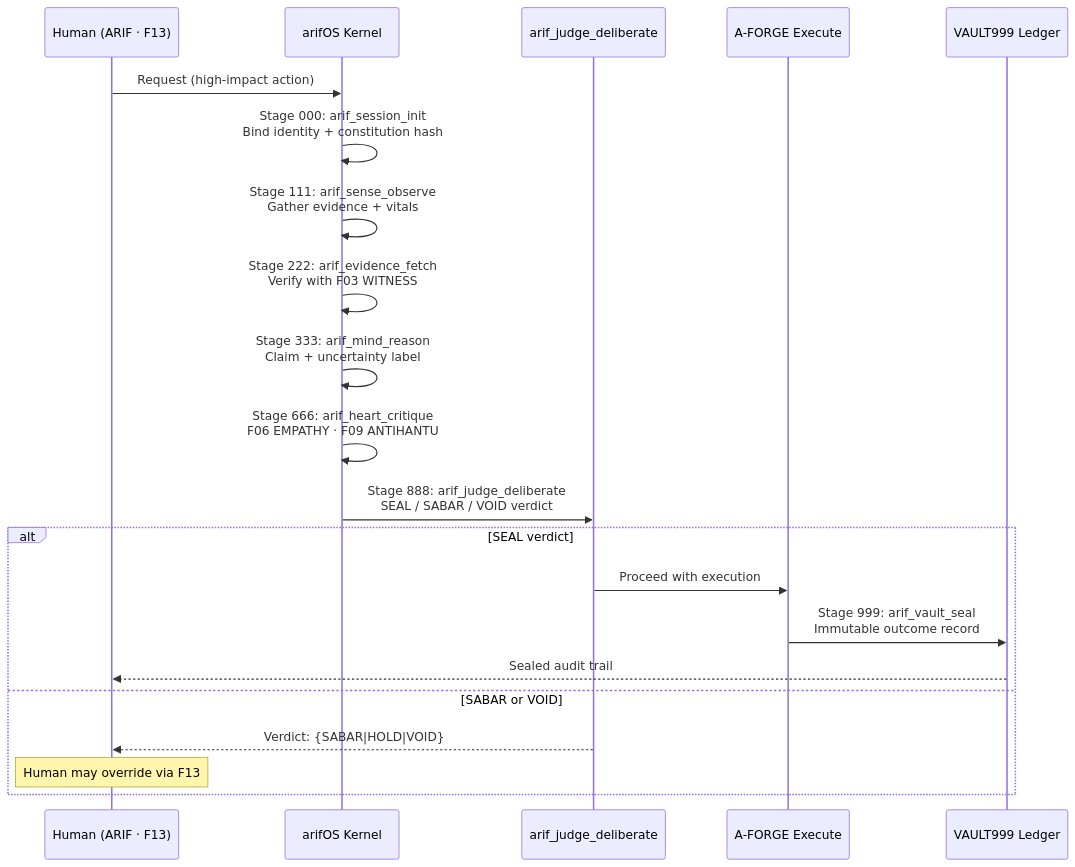
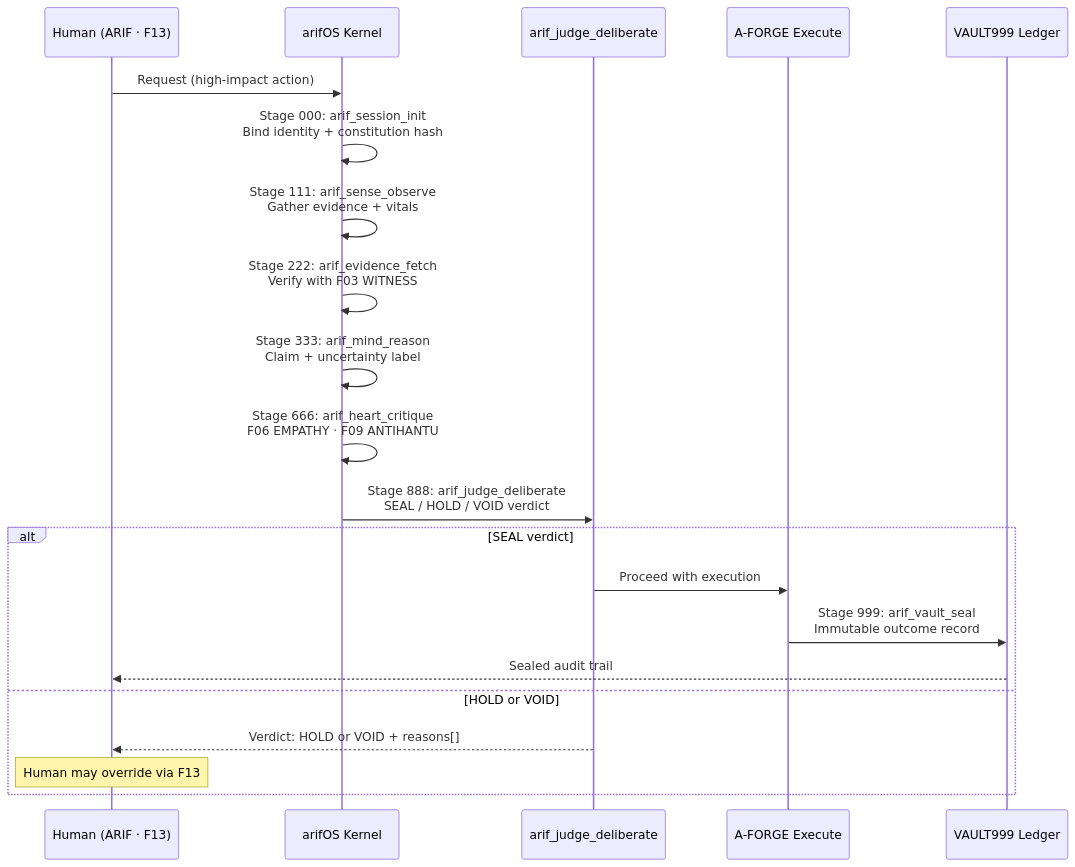
Before and after one commit to ariffazil/arifos: the second of 2 diagrams in README.md, drawn with Mermaid. The commit also changed other lines of this file, not shown here.

Commit message:
docs: README plain-mode rewrite — human airlock, current status, agent contract, HOLD/SEAL/VOID consistency

````diff
--- a/README.md
+++ b/README.md
@@ -193,30 +328,25 @@
 ```mermaid
 sequenceDiagram
     participant H as Human (ARIF · F13)
     participant K as arifOS Kernel
     participant J as arif_judge_deliberate
     participant F as A-FORGE Execute
     participant V as VAULT999 Ledger
 
     H->>K: Request (high-impact action)
     K->>K: Stage 000: arif_session_init<br/>Bind identity + constitution hash
-
     K->>K: Stage 111: arif_sense_observe<br/>Gather evidence + vitals
-
     K->>K: Stage 222: arif_evidence_fetch<br/>Verify with F03 WITNESS
-
     K->>K: Stage 333: arif_mind_reason<br/>Claim + uncertainty label
-
     K->>K: Stage 666: arif_heart_critique<br/>F06 EMPATHY · F09 ANTIHANTU
-
-    K->>J: Stage 888: arif_judge_deliberate<br/>SEAL / SABAR / VOID verdict
+    K->>J: Stage 888: arif_judge_deliberate<br/>SEAL / HOLD / VOID verdict
 
     alt SEAL verdict
         J->>F: Proceed with execution
         F->>V: Stage 999: arif_vault_seal<br/>Immutable outcome record
         V-->>H: Sealed audit trail
-    else SABAR or VOID
-        J-->>H: Verdict: {SABAR|HOLD|VOID}
+    else HOLD or VOID
+        J-->>H: Verdict: HOLD or VOID + reasons[]
         Note over H: Human may override via F13
     end
 ```
````
